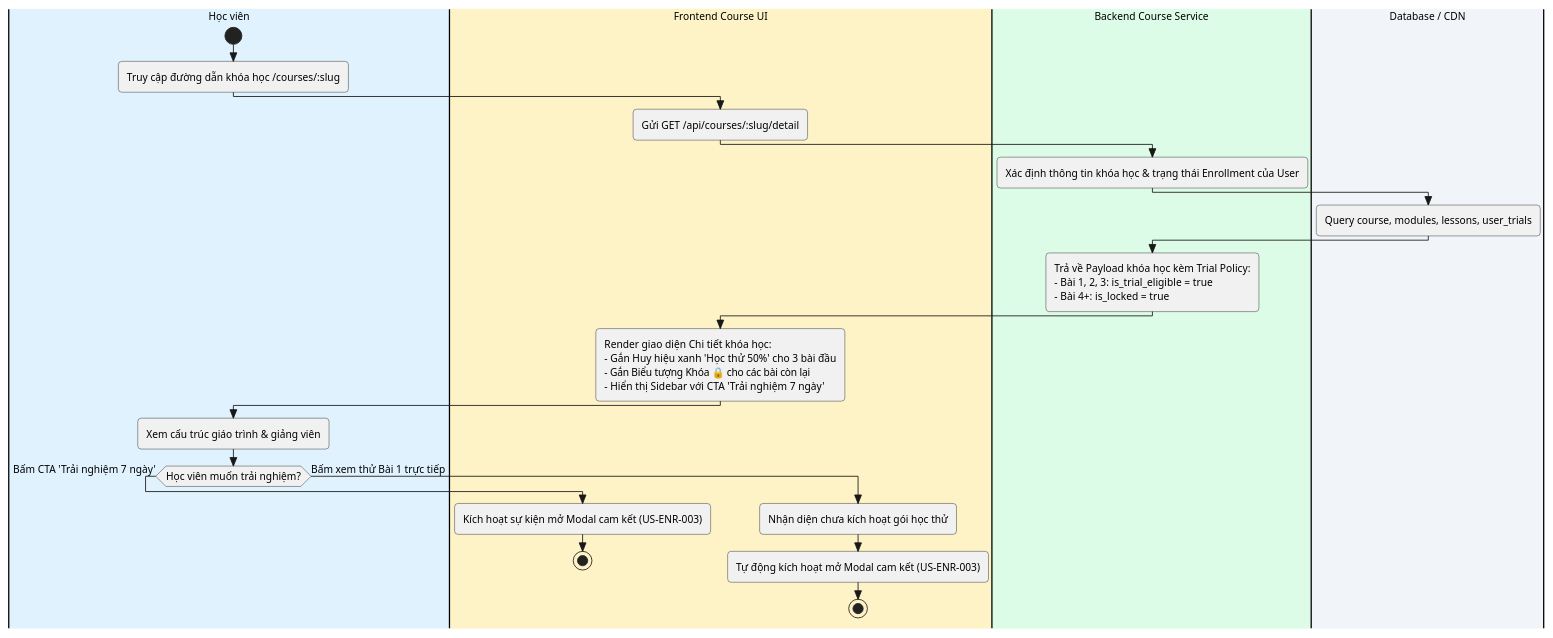
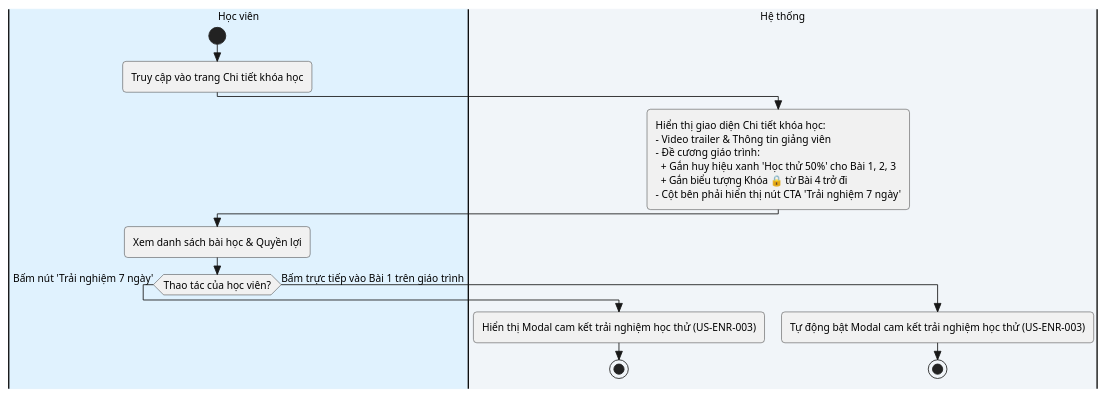
One commit to DDAnDucDuong/ansera-user-stories changed the third of 7 diagrams in ACTIVITY_SWIMLANE.puml. Above: the diagram before and after it, drawn with PlantUML. The commit also changed other lines of this file, not shown here.

Commit message:
refactor: gộp các actor hệ thống thành System, chỉ thể hiện tương tác giao diện hiển thị

```diff
--- a/ACTIVITY_SWIMLANE.puml
+++ b/ACTIVITY_SWIMLANE.puml
@@ -205,45 +174,33 @@
-@startuml US_CRS_002_Swimlane
+@startuml US_CRS_002_Simplified
 skinparam style strictuml
 skinparam shadowing false
 skinparam roundCorner 8
 skinparam defaultFontName Arial
 skinparam defaultFontSize 12
 
 |#E0F2FE|Học viên|
-|#FEF3C7|Frontend Course UI|
-|#DCFCE7|Backend Course Service|
-|#F1F5F9|Database / CDN|
+|#F1F5F9|Hệ thống|
 
 |Học viên|
 start
-:Truy cập đường dẫn khóa học /courses/:slug;
-|Frontend Course UI|
-:Gửi GET /api/courses/:slug/detail;
-|Backend Course Service|
-:Xác định thông tin khóa học & trạng thái Enrollment của User;
-|Database / CDN|
-:Query course, modules, lessons, user_trials;
-|Backend Course Service|
-:Trả về Payload khóa học kèm Trial Policy:
-- Bài 1, 2, 3: is_trial_eligible = true
-- Bài 4+: is_locked = true;
-
-|Frontend Course UI|
-:Render giao diện Chi tiết khóa học:
-- Gắn Huy hiệu xanh 'Học thử 50%' cho 3 bài đầu
-- Gắn Biểu tượng Khóa 🔒 cho các bài còn lại
-- Hiển thị Sidebar với CTA 'Trải nghiệm 7 ngày';
+:Truy cập vào trang Chi tiết khóa học;
+|Hệ thống|
+:Hiển thị giao diện Chi tiết khóa học:
+- Video trailer & Thông tin giảng viên
+- Đề cương giáo trình:
+  + Gắn huy hiệu xanh 'Học thử 50%' cho Bài 1, 2, 3
+  + Gắn biểu tượng Khóa 🔒 từ Bài 4 trở đi
+- Cột bên phải hiển thị nút CTA 'Trải nghiệm 7 ngày';
 
 |Học viên|
-:Xem cấu trúc giáo trình & giảng viên;
-if (Học viên muốn trải nghiệm?) then (Bấm CTA 'Trải nghiệm 7 ngày')
-  |Frontend Course UI|
-  :Kích hoạt sự kiện mở Modal cam kết (US-ENR-003);
+:Xem danh sách bài học & Quyền lợi;
+if (Thao tác của học viên?) then (Bấm nút 'Trải nghiệm 7 ngày')
+  |Hệ thống|
+  :Hiển thị Modal cam kết trải nghiệm học thử (US-ENR-003);
   stop
-else (Bấm xem thử Bài 1 trực tiếp)
-  |Frontend Course UI|
-  :Nhận diện chưa kích hoạt gói học thử;
-  :Tự động kích hoạt mở Modal cam kết (US-ENR-003);
+else (Bấm trực tiếp vào Bài 1 trên giáo trình)
+  |Hệ thống|
+  :Tự động bật Modal cam kết trải nghiệm học thử (US-ENR-003);
   stop
 endif
 @enduml
```
